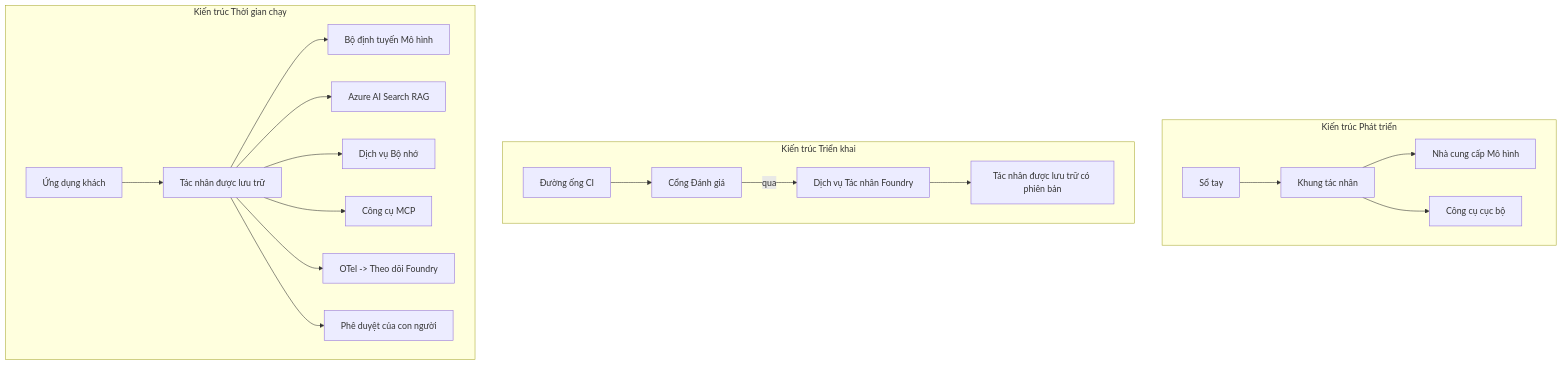
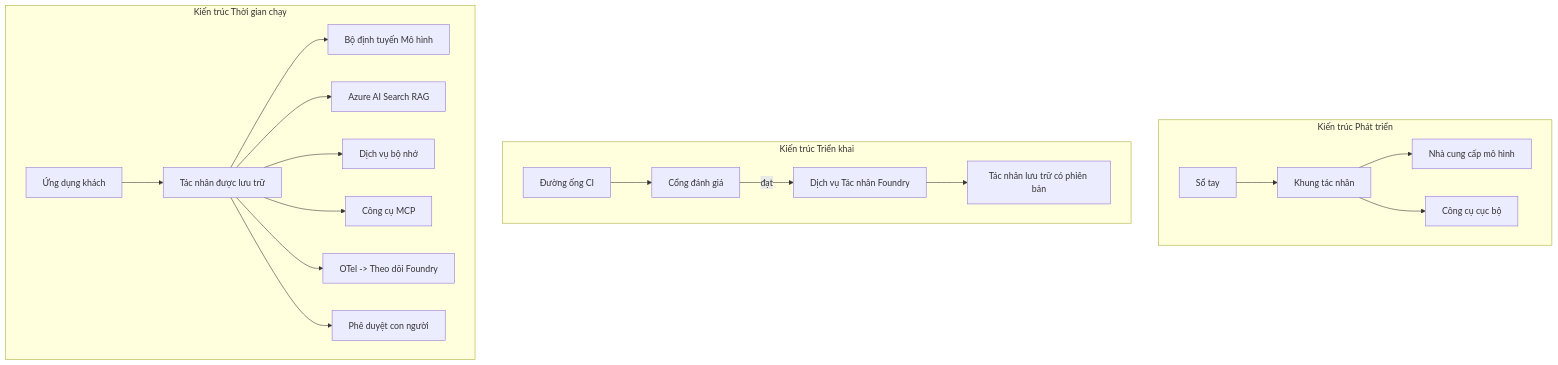
Before and after one commit to gabrielmoreira/agent-skills-mirror: the fourth of 4 diagrams in mirrors/repos/microsoft@ai-agents-for-beginners/translations/vi/16-deploying-scalable-agents/README.md, drawn with Mermaid. The commit also changed other lines of this file and 3581 other files, not shown here.

````diff
--- a/mirrors/repos/microsoft@ai-agents-for-beginners/translations/vi/16-deploying-scalable-agents/README.md
+++ b/mirrors/repos/microsoft@ai-agents-for-beginners/translations/vi/16-deploying-scalable-agents/README.md
@@ -185,22 +185,22 @@
 ```mermaid
 flowchart TB
     subgraph Dev[Kiến trúc Phát triển]
         D1[Sổ tay] --> D2[Khung tác nhân]
-        D2 --> D3[Nhà cung cấp Mô hình]
+        D2 --> D3[Nhà cung cấp mô hình]
         D2 --> D4[Công cụ cục bộ]
     end
     subgraph Deploy[Kiến trúc Triển khai]
-        E1[Đường ống CI] --> E2[Cổng Đánh giá]
-        E2 -->|qua| E3[Dịch vụ Tác nhân Foundry]
-        E3 --> E4[Tác nhân được lưu trữ có phiên bản]
+        E1[Đường ống CI] --> E2[Cổng đánh giá]
+        E2 -->|đạt| E3[Dịch vụ Tác nhân Foundry]
+        E3 --> E4[Tác nhân lưu trữ có phiên bản]
     end
     subgraph Run[Kiến trúc Thời gian chạy]
         F1[Ứng dụng khách] --> F2[Tác nhân được lưu trữ]
         F2 --> F3[Bộ định tuyến Mô hình]
         F2 --> F4[Azure AI Search RAG]
-        F2 --> F5[Dịch vụ Bộ nhớ]
+        F2 --> F5[Dịch vụ bộ nhớ]
         F2 --> F6[Công cụ MCP]
         F2 --> F7[OTel -> Theo dõi Foundry]
-        F2 --> F8[Phê duyệt của con người]
+        F2 --> F8[Phê duyệt con người]
     end
 ```
````
